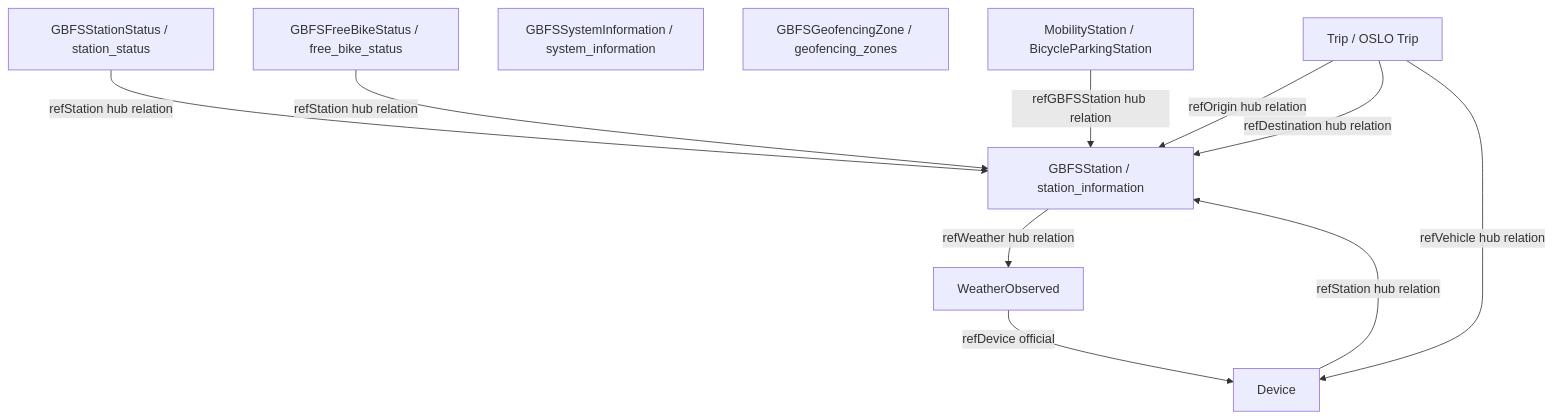
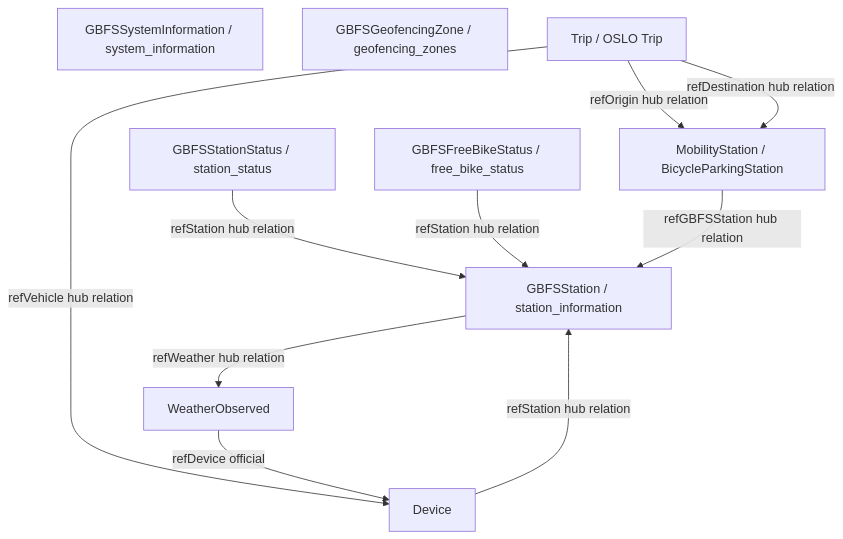
Before and after one commit to alvaroprzr/FIWARE-Smart-Data-Models: the diagram in data_model.md, drawn with Mermaid. The commit also changed other lines of this file and 8 other files, not shown here.

````diff
--- a/data_model.md
+++ b/data_model.md
@@ -31,22 +31,22 @@
 ```mermaid
 graph TD
   SI[GBFSStation / station_information]
   SS[GBFSStationStatus / station_status]
   FB[GBFSFreeBikeStatus / free_bike_status]
   SYS[GBFSSystemInformation / system_information]
   GEO[GBFSGeofencingZone / geofencing_zones]
   MSP[MobilityStation / BicycleParkingStation]
   TR[Trip / OSLO Trip]
   DEV[Device]
   WEA[WeatherObserved]
 
   SS -->|refStation hub relation| SI
   FB -->|refStation hub relation| SI
   MSP -->|refGBFSStation hub relation| SI
-  TR -->|refOrigin hub relation| SI
-  TR -->|refDestination hub relation| SI
+  TR -->|refOrigin hub relation| MSP
+  TR -->|refDestination hub relation| MSP
   TR -->|refVehicle hub relation| DEV
   WEA -->|refDevice official| DEV
   SI -->|refWeather hub relation| WEA
   DEV -->|refStation hub relation| SI
 ```
````
